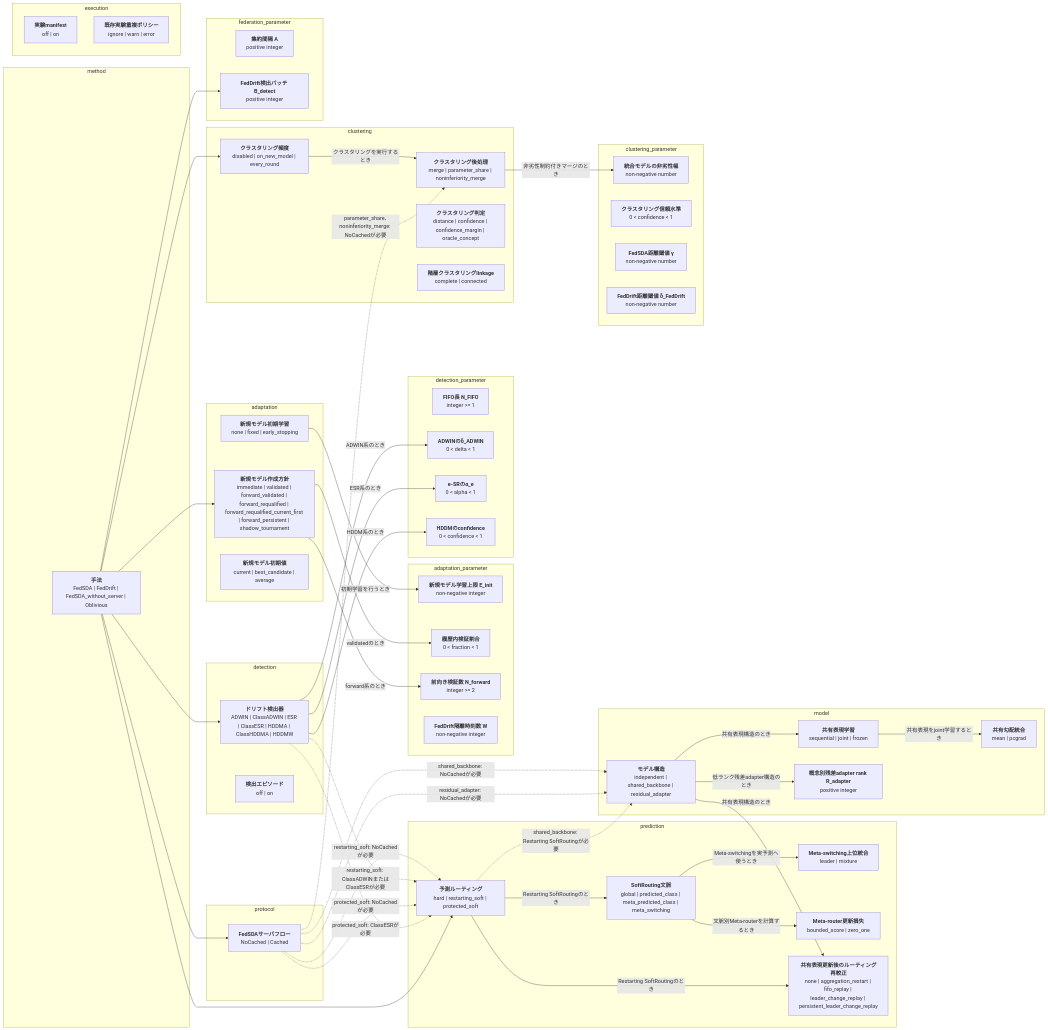
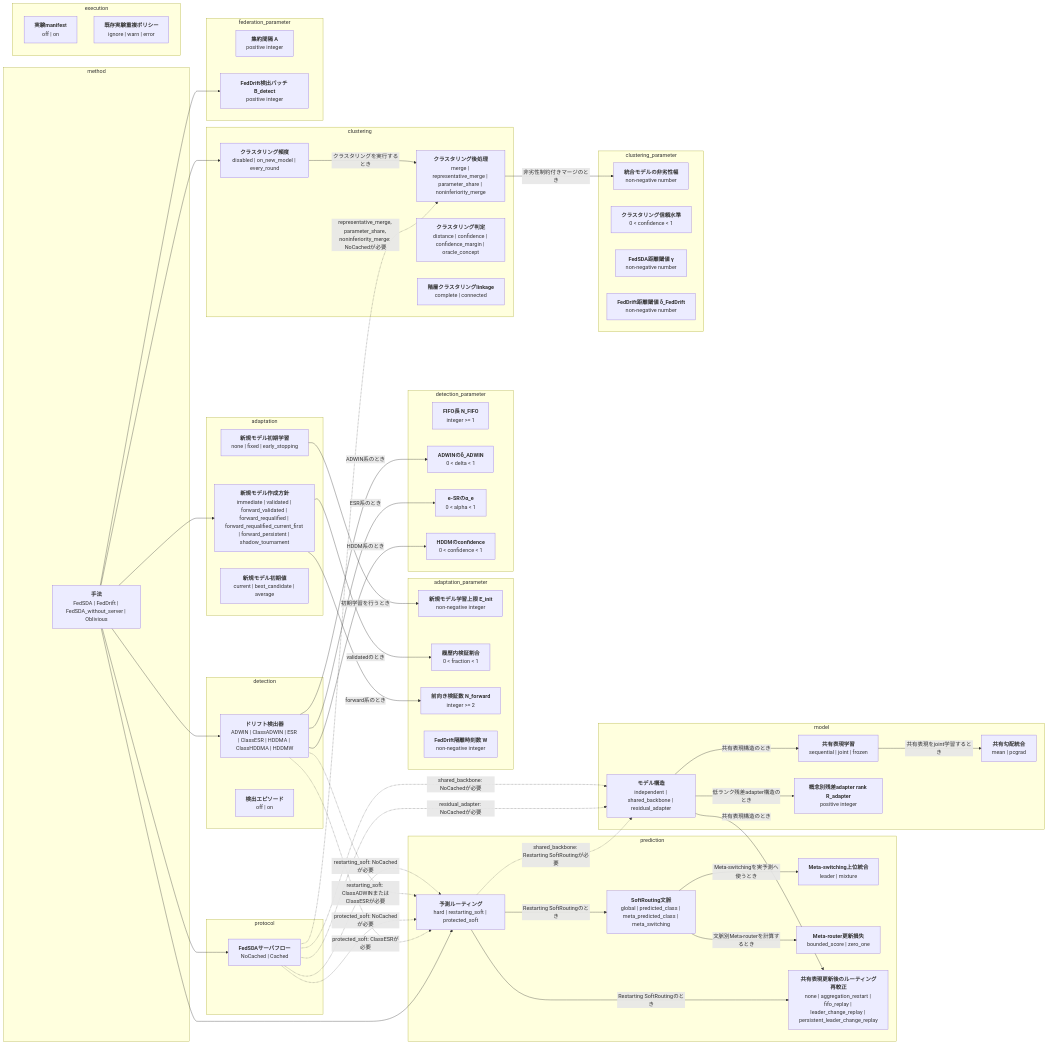
Before and after one commit to shimmen3141/FedSDA-experiment: the first of 2 diagrams in docs/options.md, drawn with Mermaid. The commit also changed other lines of this file and 9 other files, not shown here.

Commit message:
Add representative model consolidation

```diff
--- a/docs/options.md
+++ b/docs/options.md
@@ -59,7 +59,7 @@
   end
   subgraph group_clustering[clustering]
     clustering_policy["<b>クラスタリング頻度</b><br/>disabled | on_new_model | every_round"]
-    clustering_consolidation["<b>クラスタリング後処理</b><br/>merge | parameter_share | noninferiority_merge"]
+    clustering_consolidation["<b>クラスタリング後処理</b><br/>merge | representative_merge | parameter_share | noninferiority_merge"]
     clustering_decision["<b>クラスタリング判定</b><br/>distance | confidence | confidence_margin | oracle_concept"]
     cluster_linkage["<b>階層クラスタリングlinkage</b><br/>complete | connected"]
   end
@@ -93,7 +93,7 @@
   detector -->|"HDDM系のとき"| hddm_drift_confidence
   clustering_policy -->|"クラスタリングを実行するとき"| clustering_consolidation
   clustering_consolidation -->|"非劣性制約付きマージのとき"| merge_noninferiority_margin
-  server_flow -.->|"parameter_share, noninferiority_merge: NoCachedが必要"| clustering_consolidation
+  server_flow -.->|"representative_merge, parameter_share, noninferiority_merge: NoCachedが必要"| clustering_consolidation
   server_flow -.->|"restarting_soft: NoCachedが必要"| routing
   detector -.->|"restarting_soft: ClassADWINまたはClassESRが必要"| routing
   server_flow -.->|"shared_backbone: NoCachedが必要"| model_architecture
```
